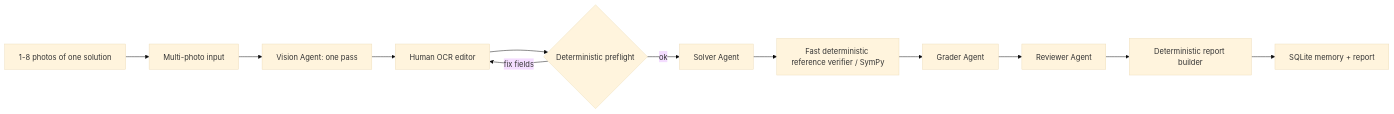
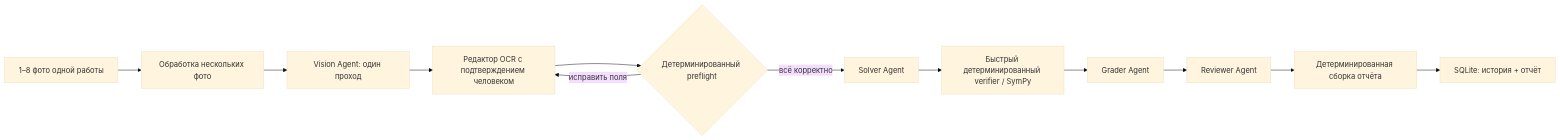
The diagram in docs/ARCHITECTURE.md (Arthur200014/MathCheckAi), drawn with Mermaid (base theme) before and after one commit. The commit also changed other lines of this file, not shown here.

````diff
--- a/docs/ARCHITECTURE.md
+++ b/docs/ARCHITECTURE.md
@@ -5,14 +5,14 @@
 ```mermaid
 flowchart LR
-    U[1-8 photos of one solution] --> MP[Multi-photo input]
-    MP --> V[Vision Agent: one pass]
-    V --> H[Human OCR editor]
-    H --> P{Deterministic preflight}
-    P -- fix fields --> H
-    P -- ok --> S[Solver Agent]
-    S --> R[Fast deterministic reference verifier / SymPy]
+    U[1–8 фото одной работы] --> MP[Обработка нескольких фото]
+    MP --> V[Vision Agent: один проход]
+    V --> H[Редактор OCR с подтверждением человеком]
+    H --> P{Детерминированный preflight}
+    P -- исправить поля --> H
+    P -- всё корректно --> S[Solver Agent]
+    S --> R[Быстрый детерминированный verifier / SymPy]
     R --> G[Grader Agent]
     G --> Q[Reviewer Agent]
-    Q --> B[Deterministic report builder]
-    B --> M[SQLite memory + report]
+    Q --> B[Детерминированная сборка отчёта]
+    B --> M[SQLite: история + отчёт]
 ```
````
